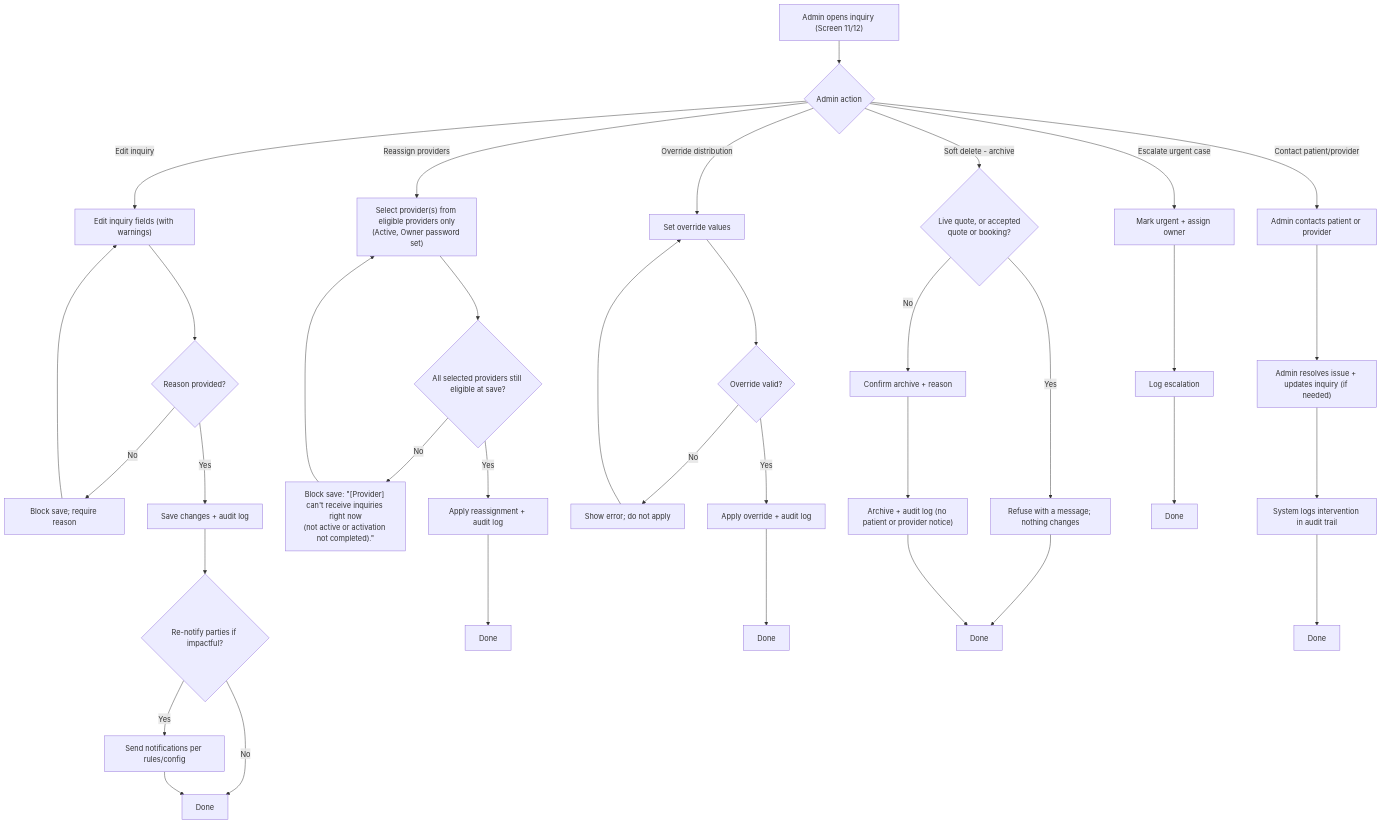
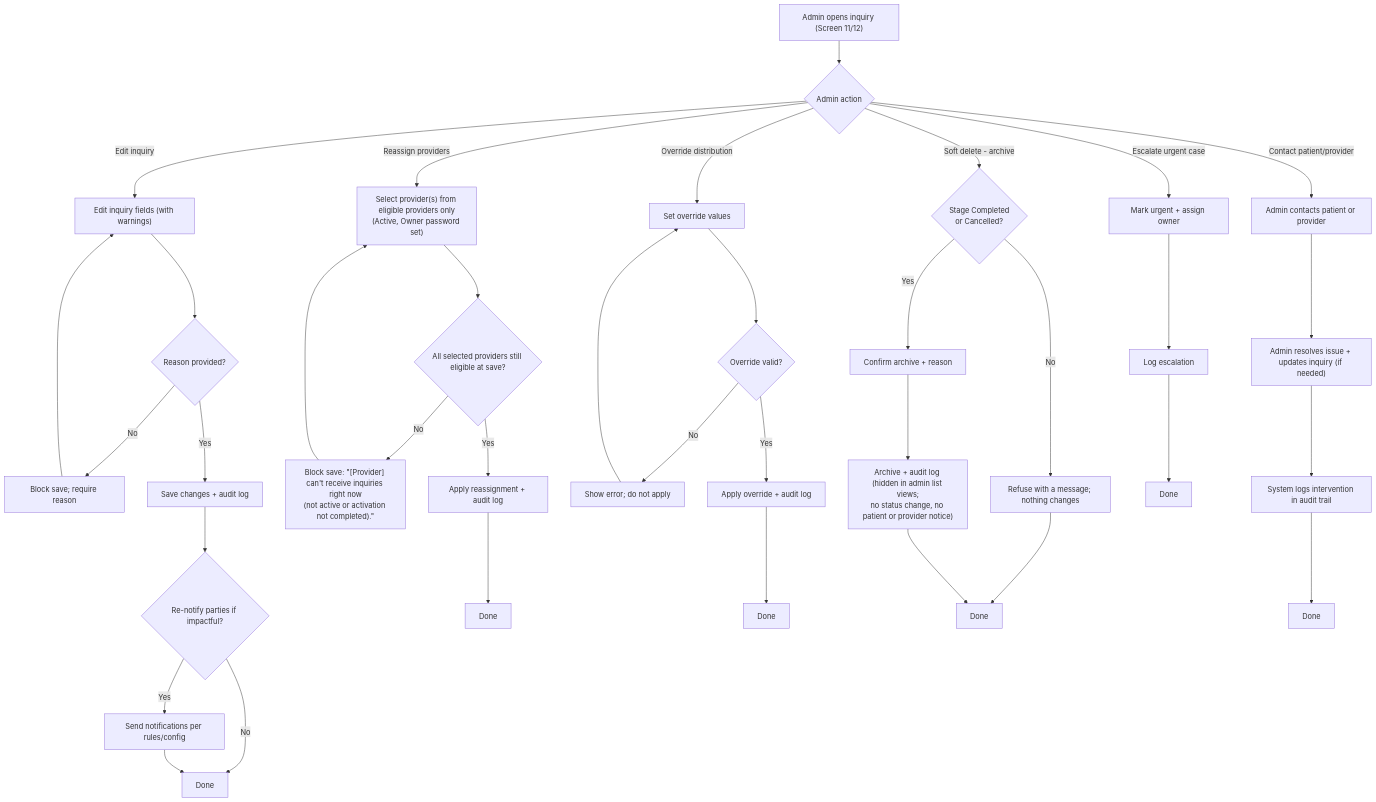
Before and after one commit to joachimtrungtuan/hairline-pm-docs: diagram 12 of 15 in project-requirements/functional-requirements/fr003-inquiry-submission/prd.md, drawn with Mermaid. The commit also changed other lines of this file and 5 other files, not shown here.

Commit message:
docs(fr003): apply logic review pass 2 fixes to PRD and graph

````diff
--- a/project-requirements/functional-requirements/fr003-inquiry-submission/prd.md
+++ b/project-requirements/functional-requirements/fr003-inquiry-submission/prd.md
@@ -346,35 +347,35 @@
 ```mermaid
 flowchart TD
     Start["Admin opens inquiry (Screen 11/12)"] --> Choose{"Admin action"}
 
     Choose -->|Edit inquiry| Edit["Edit inquiry fields (with warnings)"]
     Edit --> Reason1{"Reason provided?"}
     Reason1 -->|No| Block1["Block save; require reason"] --> Edit
     Reason1 -->|Yes| Audit1["Save changes + audit log"]
     Audit1 --> Renotify{"Re-notify parties if impactful?"}
     Renotify -->|Yes| Send1["Send notifications per rules/config"]
     Renotify -->|No| Done1["Done"]
     Send1 --> Done1
 
     Choose -->|Reassign providers| Reassign["Select provider(s) from eligible providers only<br/>(Active, Owner password set)"]
     Reassign --> StillOk{"All selected providers still eligible at save?"}
     StillOk -->|No| BlockSave["Block save: &quot;[Provider] can't receive inquiries right now<br/>(not active or activation not completed).&quot;"] --> Reassign
     StillOk -->|Yes| Audit2["Apply reassignment + audit log"] --> Done2["Done"]
 
     Choose -->|Override distribution| Override["Set override values"]
     Override --> Valid{"Override valid?"}
     Valid -->|No| OverrideErr["Show error; do not apply"] --> Override
     Valid -->|Yes| Audit3["Apply override + audit log"] --> Done3["Done"]
 
-    Choose -->|Soft delete - archive| Guard{"Live quote, or accepted<br/>quote or booking?"}
-    Guard -->|Yes| Refuse["Refuse with a message; nothing changes"] --> Done4["Done"]
-    Guard -->|No| Archive["Confirm archive + reason"]
-    Archive --> Audit4["Archive + audit log (no patient or provider notice)"] --> Done4
+    Choose -->|Soft delete - archive| Guard{"Stage Completed<br/>or Cancelled?"}
+    Guard -->|No| Refuse["Refuse with a message; nothing changes"] --> Done4["Done"]
+    Guard -->|Yes| Archive["Confirm archive + reason"]
+    Archive --> Audit4["Archive + audit log (hidden in admin list views;<br/>no status change, no patient or provider notice)"] --> Done4
 
     Choose -->|Escalate urgent case| Esc["Mark urgent + assign owner"]
     Esc --> Audit5["Log escalation"] --> Done5["Done"]
 
     Choose -->|Contact patient/provider| Contact["Admin contacts patient or provider"]
     Contact --> Resolve["Admin resolves issue + updates inquiry (if needed)"]
     Resolve --> Audit6["System logs intervention in audit trail"] --> Done6["Done"]
 ```
````
